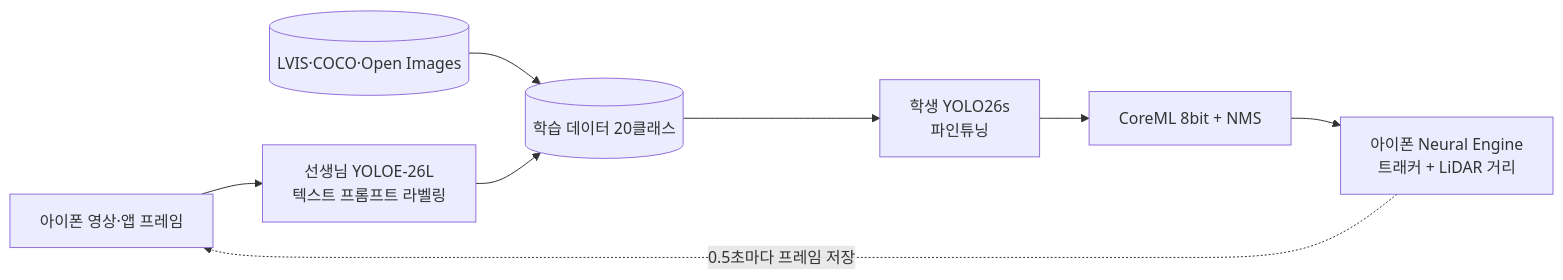
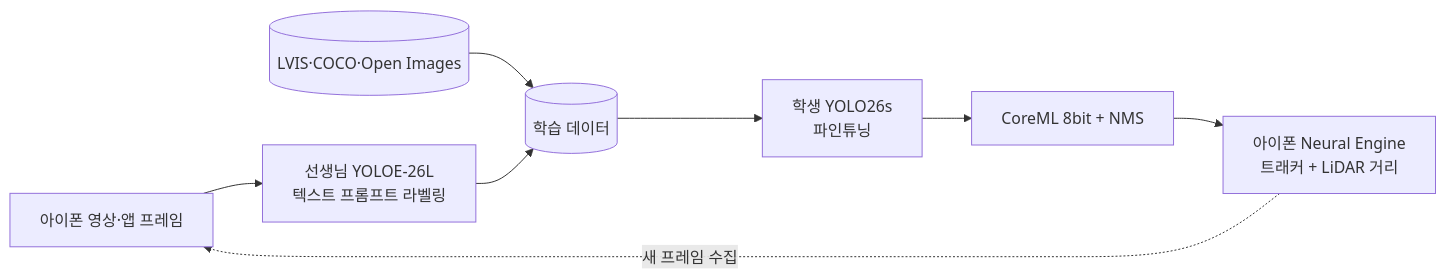
One commit to broBbang2/broBbang2 changed the diagram in README.md. Above: the diagram before and after it, drawn with Mermaid. The commit also changed other lines of this file, not shown here.

````diff
--- a/README.md
+++ b/README.md
@@ -64,10 +68,10 @@
 ```mermaid
 flowchart LR
     A[아이폰 영상·앱 프레임] --> T[선생님 YOLOE-26L<br/>텍스트 프롬프트 라벨링]
     O[(LVIS·COCO·Open Images)] --> D
-    T --> D[(학습 데이터 20클래스)]
+    T --> D[(학습 데이터)]
     D --> S[학생 YOLO26s<br/>파인튜닝]
     S --> C[CoreML 8bit + NMS]
     C --> I[아이폰 Neural Engine<br/>트래커 + LiDAR 거리]
-    I -.->|"0.5초마다 프레임 저장"| A
+    I -.->|"새 프레임 수집"| A
 ```
````
